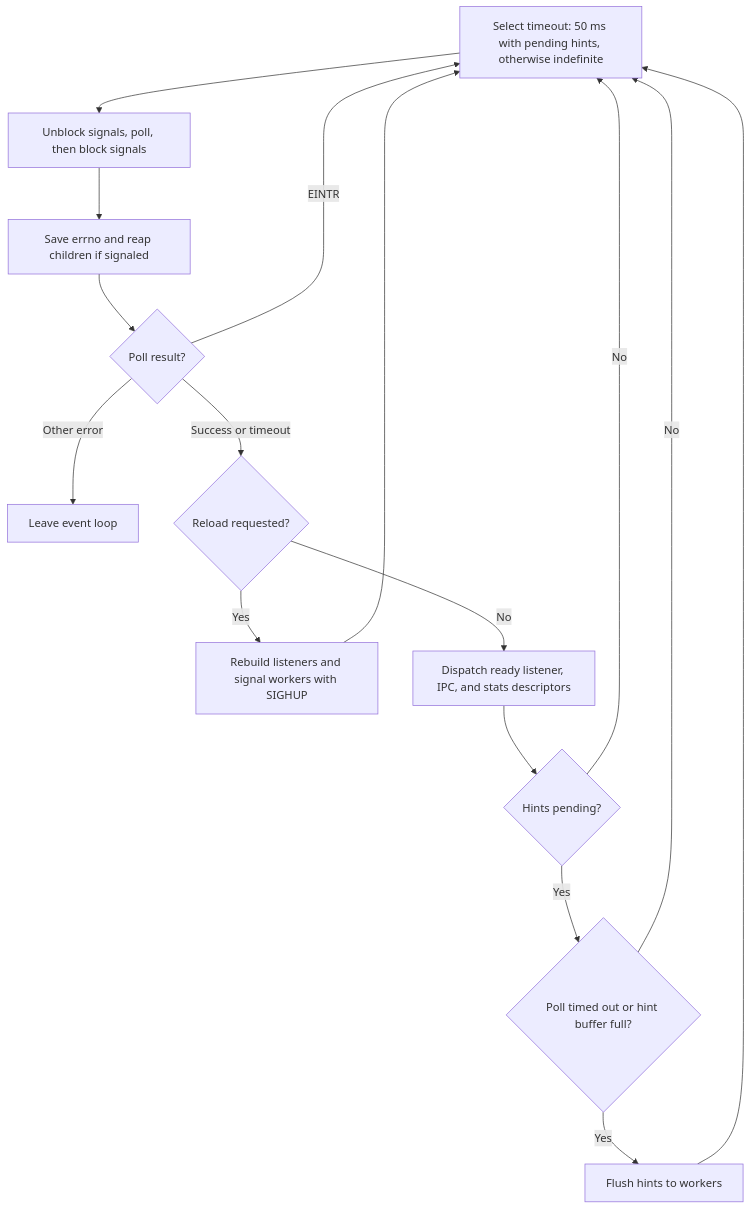
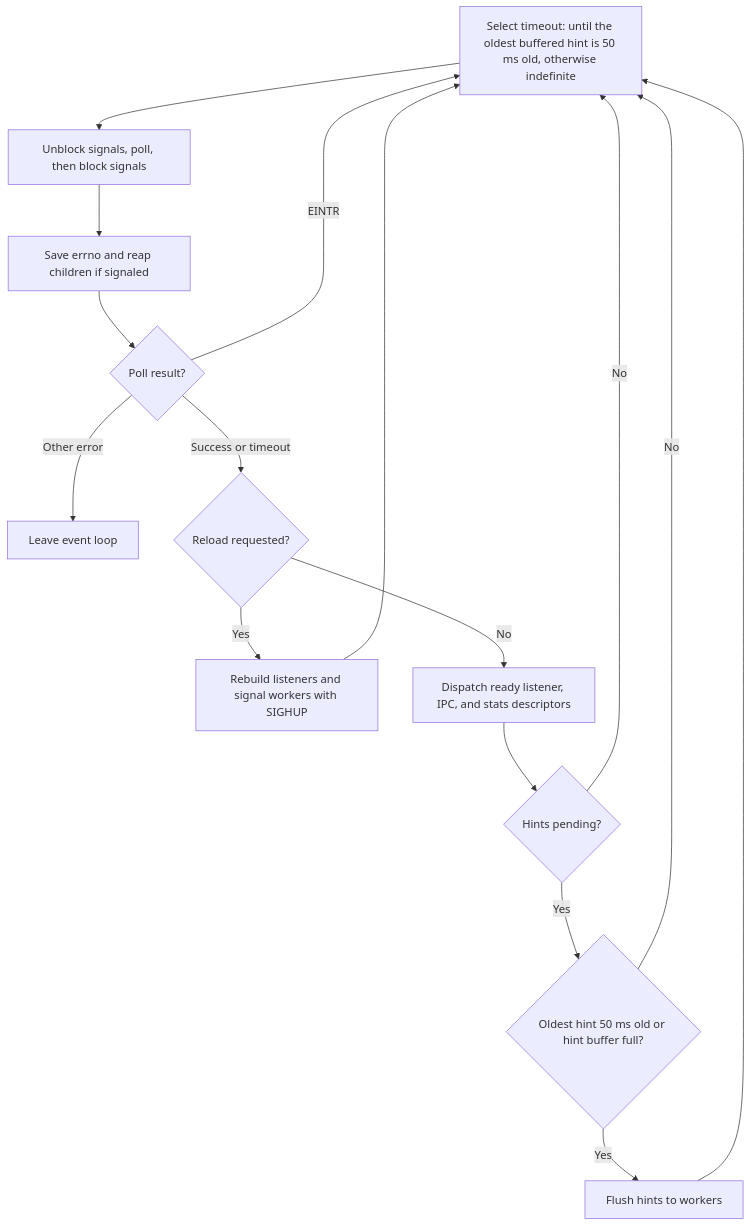
The second of 4 diagrams in doc/developer/afpd.md (Netatalk/netatalk), drawn with Mermaid before and after one commit. The commit also changed other lines of this file and 50 other files, not shown here.

````diff
--- a/doc/developer/afpd.md
+++ b/doc/developer/afpd.md
@@ -62,19 +63,19 @@
 ```mermaid
 flowchart TD
-    Timeout[Select timeout: 50 ms with pending hints, otherwise indefinite]
+    Timeout[Select timeout: until the oldest buffered hint is 50 ms old, otherwise indefinite]
     Timeout --> Poll[Unblock signals, poll, then block signals]
     Poll --> Reap[Save errno and reap children if signaled]
     Reap --> Result{Poll result?}
     Result -->|EINTR| Timeout
     Result -->|Other error| Exit[Leave event loop]
     Result -->|Success or timeout| Reload{Reload requested?}
     Reload -->|Yes| Config[Rebuild listeners and signal workers with SIGHUP]
     Config --> Timeout
     Reload -->|No| Events[Dispatch ready listener, IPC, and stats descriptors]
     Events --> Pending{Hints pending?}
     Pending -->|No| Timeout
-    Pending -->|Yes| Flush{Poll timed out or hint buffer full?}
+    Pending -->|Yes| Flush{Oldest hint 50 ms old or hint buffer full?}
     Flush -->|No| Timeout
     Flush -->|Yes| Relay[Flush hints to workers]
     Relay --> Timeout
 ```
````
